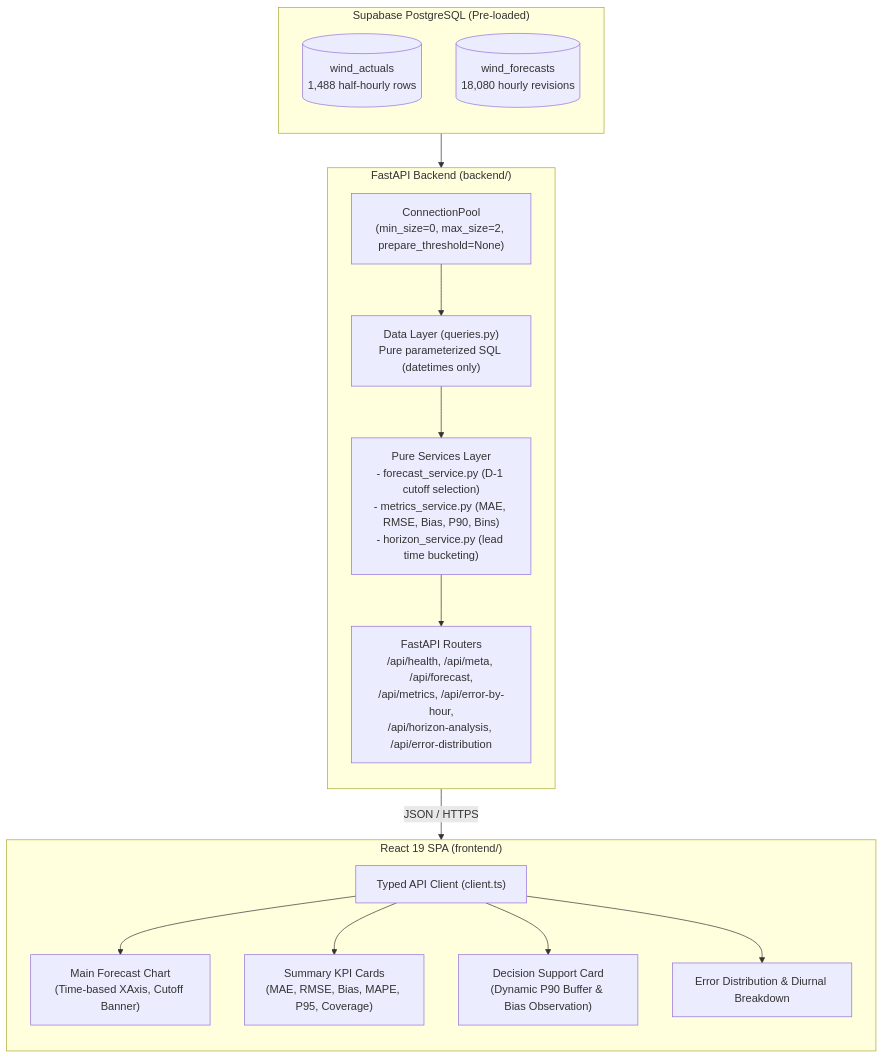
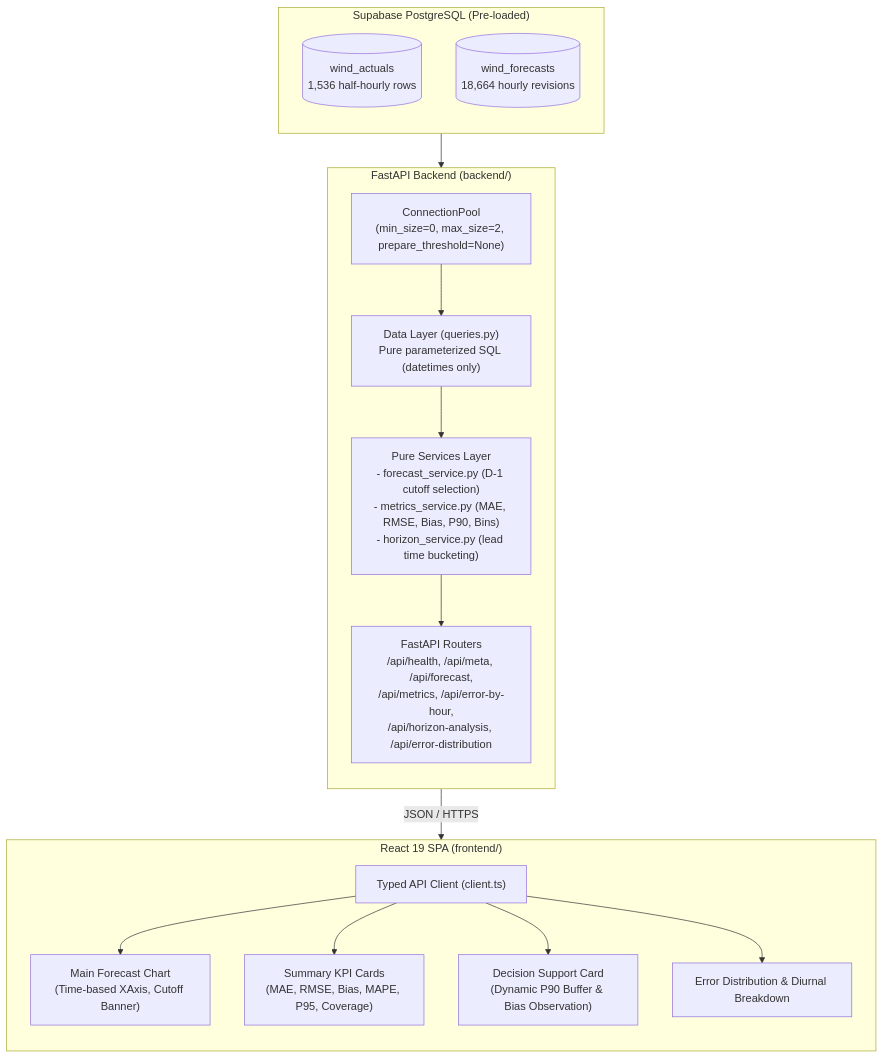
The diagram in README.md (Deepanshu12344/Energy), drawn with Mermaid before and after one commit. The commit also changed other lines of this file and 23 other files, not shown here.

````diff
--- a/README.md
+++ b/README.md
@@ -70,37 +71,37 @@
 ```mermaid
 flowchart TD
     subgraph Storage["Supabase PostgreSQL (Pre-loaded)"]
         direction TB
-        DB_Actuals[("wind_actuals<br/>1,488 half-hourly rows")]
-        DB_Forecasts[("wind_forecasts<br/>18,080 hourly revisions")]
+        DB_Actuals[("wind_actuals<br/>1,536 half-hourly rows")]
+        DB_Forecasts[("wind_forecasts<br/>18,664 hourly revisions")]
     end
 
     subgraph Backend["FastAPI Backend (backend/)"]
         direction TB
         Pool["ConnectionPool<br/>(min_size=0, max_size=2, prepare_threshold=None)"]
         DataQueries["Data Layer (queries.py)<br/>Pure parameterized SQL (datetimes only)"]
         Services["Pure Services Layer<br/>- forecast_service.py (D-1 cutoff selection)<br/>- metrics_service.py (MAE, RMSE, Bias, P90, Bins)<br/>- horizon_service.py (lead time bucketing)"]
         Routers["FastAPI Routers<br/>/api/health, /api/meta, /api/forecast,<br/>/api/metrics, /api/error-by-hour,<br/>/api/horizon-analysis, /api/error-distribution"]
         
         Pool --> DataQueries
         DataQueries --> Services
         Services --> Routers
     end
 
     subgraph Frontend["React 19 SPA (frontend/)"]
         direction TB
         ApiClient["Typed API Client (client.ts)"]
         MainChart["Main Forecast Chart<br/>(Time-based XAxis, Cutoff Banner)"]
         KPICards["Summary KPI Cards<br/>(MAE, RMSE, Bias, MAPE, P95, Coverage)"]
         DecisionCard["Decision Support Card<br/>(Dynamic P90 Buffer & Bias Observation)"]
         Analytics["Error Distribution & Diurnal Breakdown"]
 
         ApiClient --> MainChart
         ApiClient --> KPICards
         ApiClient --> DecisionCard
         ApiClient --> Analytics
     end
 
     Storage --> Pool
     Routers -->|"JSON / HTTPS"| ApiClient
 ```
````
